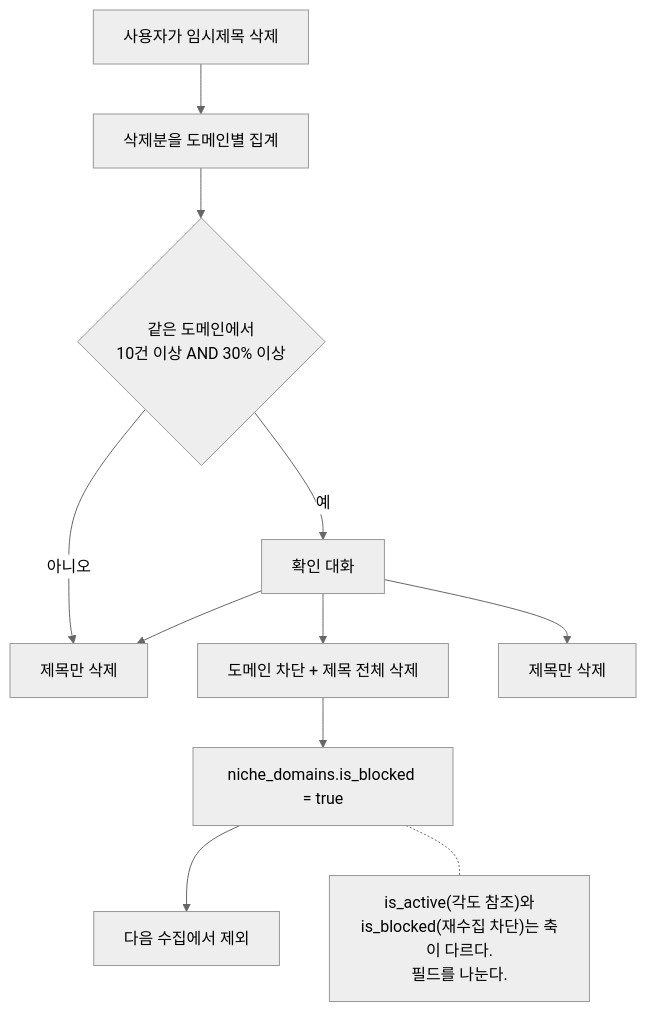
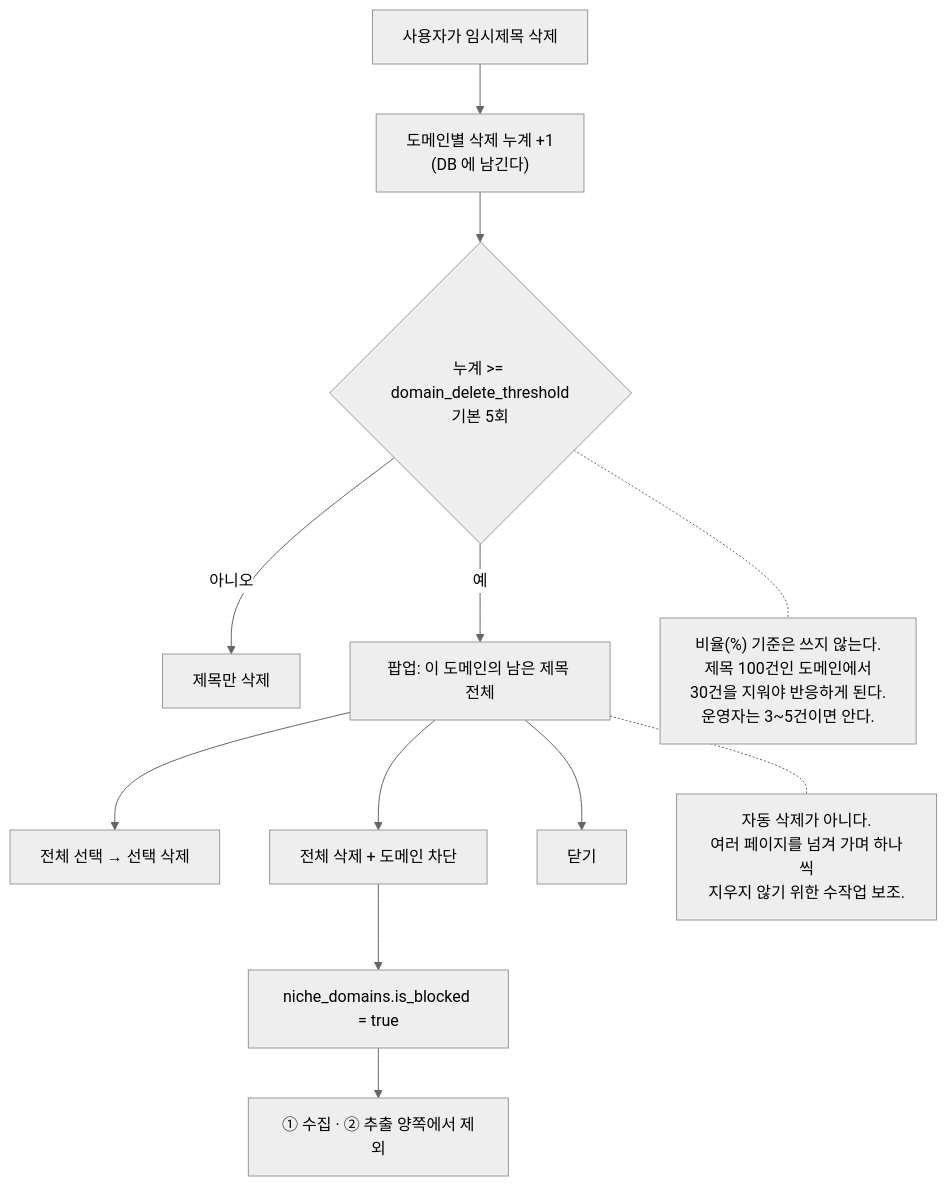
Before and after one commit to jteen-lab/blogauto_v2: the fourth of 7 diagrams in services/republish/docs/flowcharts/title_tab.md, drawn with Mermaid (neutral theme). The commit also changed other lines of this file and 1 other file, not shown here.

````diff
--- a/services/republish/docs/flowcharts/title_tab.md
+++ b/services/republish/docs/flowcharts/title_tab.md
@@ -48,15 +81,18 @@
 ```mermaid
 flowchart TD
-    A[사용자가 임시제목 삭제] --> B[삭제분을 도메인별 집계]
-    B --> C{같은 도메인에서<br/>10건 이상 AND 30% 이상}
+    A[사용자가 임시제목 삭제] --> B["도메인별 삭제 누계 +1<br/>(DB 에 남긴다)"]
+    B --> C{누계 >= domain_delete_threshold<br/>기본 5회}
     C -->|아니오| Z[제목만 삭제]
-    C -->|예| D[확인 대화]
-    D --> E[도메인 차단 + 제목 전체 삭제]
-    D --> F[제목만 삭제]
-    D --> Z
-    E --> G["niche_domains.is_blocked = true"]
-    G --> H[다음 수집에서 제외]
+    C -->|예| D["팝업: 이 도메인의 남은 제목 전체"]
+    D --> E[전체 선택 → 선택 삭제]
+    D --> F[전체 삭제 + 도메인 차단]
+    D --> G[닫기]
+    F --> H["niche_domains.is_blocked = true"]
+    H --> I["① 수집 · ② 추출 양쪽에서 제외"]
 
-    note["is_active(각도 참조)와<br/>is_blocked(재수집 차단)는 축이 다르다.<br/>필드를 나눈다."]
-    G -.- note
+    note1["비율(%) 기준은 쓰지 않는다.<br/>제목 100건인 도메인에서<br/>30건을 지워야 반응하게 된다.<br/>운영자는 3~5건이면 안다."]
+    C -.- note1
+
+    note2["자동 삭제가 아니다.<br/>여러 페이지를 넘겨 가며 하나씩<br/>지우지 않기 위한 수작업 보조."]
+    D -.- note2
 ```
````
